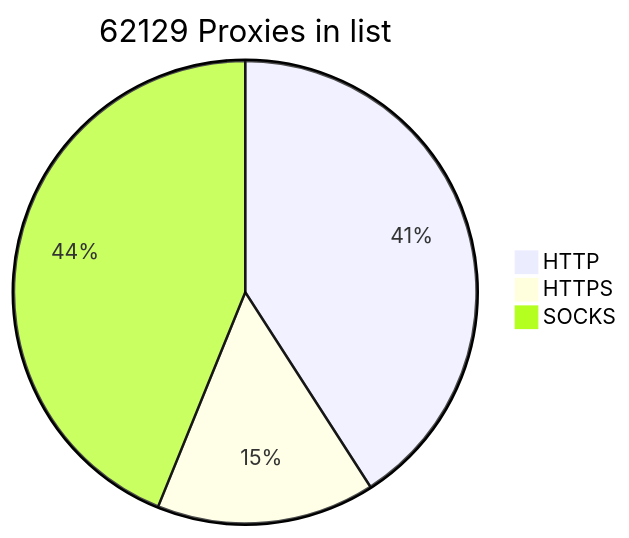
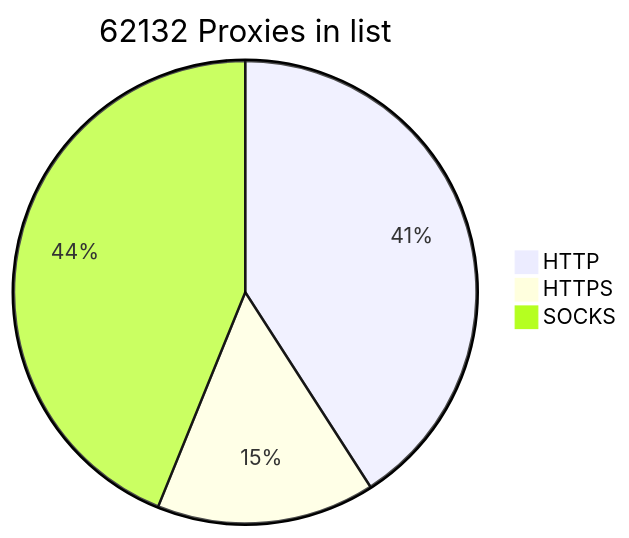
Before and after one commit to BlackSnowDot/proxylist-update-every-minute: the diagram in README.md, drawn with Mermaid.

````diff
--- a/README.md
+++ b/README.md
@@ -2,6 +2,6 @@
 ```mermaid
-pie title 62129 Proxies in list
+pie title 62132 Proxies in list
     "HTTP" : 28869
     "HTTPS": 10759
-    "SOCKS" : 30951
+    "SOCKS" : 30954
 ```
````
